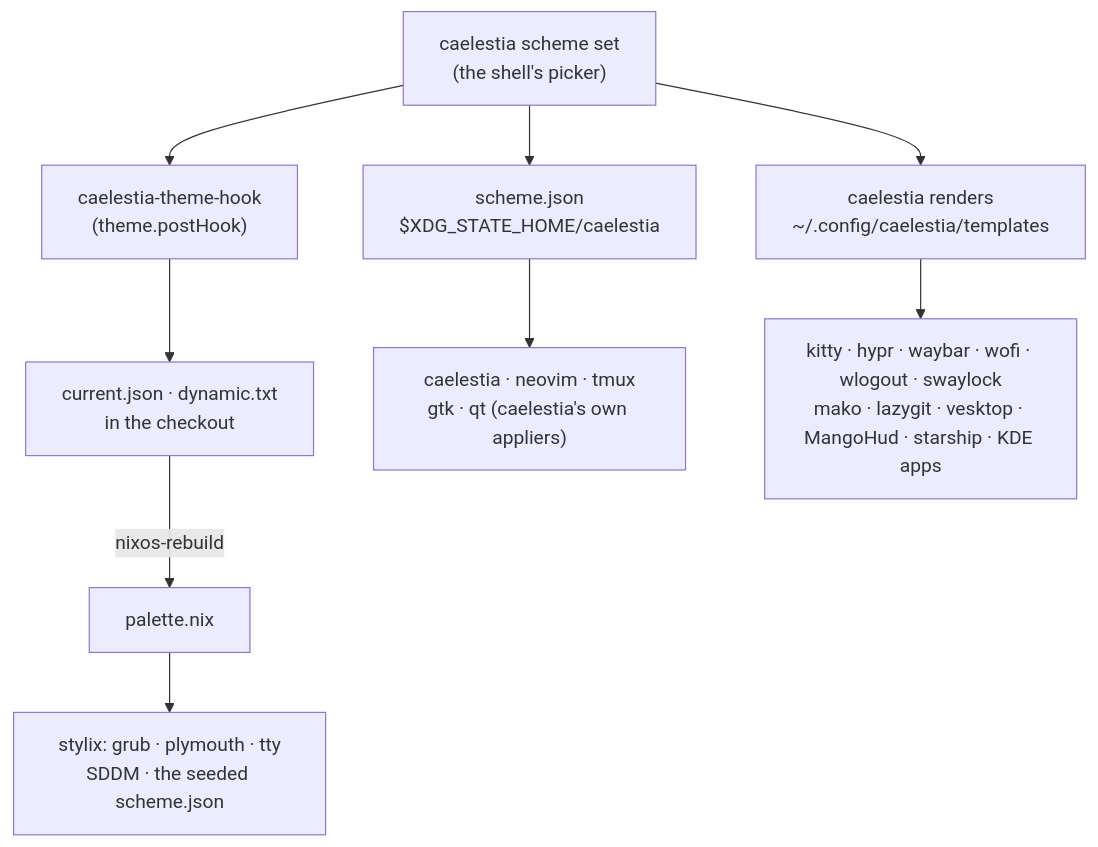
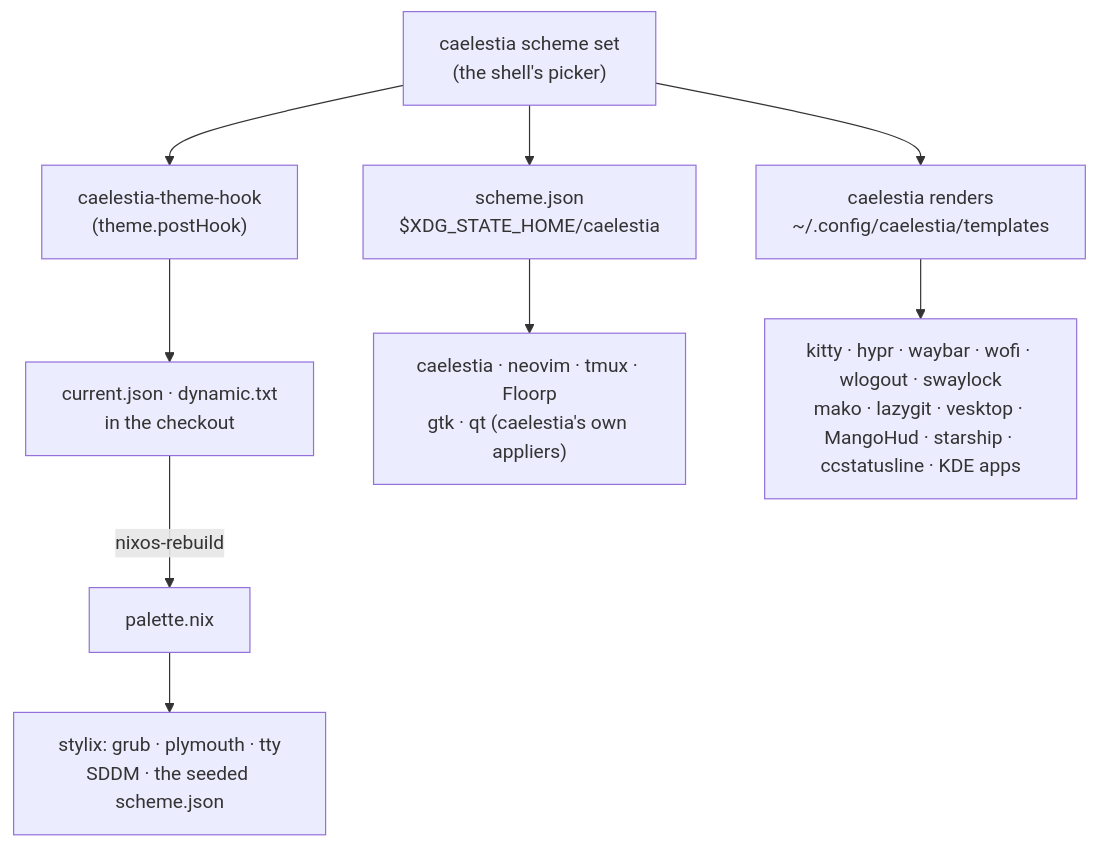
One commit to 1Git2Clone/nixos-dotfiles changed the diagram in docs/src/architecture/colours.md. Above: the diagram before and after it, drawn with Mermaid. The commit also changed other lines of this file and 2 other files, not shown here.

First line of the commit message:
docs(handbook): the CaelestiaFox setup and the shell restart on rebuild

````diff
--- a/docs/src/architecture/colours.md
+++ b/docs/src/architecture/colours.md
@@ -8,19 +8,19 @@
 ```mermaid
 flowchart TB
     pick["caelestia scheme set<br/>(the shell's picker)"]
     state["scheme.json<br/>$XDG_STATE_HOME/caelestia"]
     render["caelestia renders<br/>~/.config/caelestia/templates"]
     hook["caelestia-theme-hook<br/>(theme.postHook)"]
     repo["current.json · dynamic.txt<br/>in the checkout"]
     palette["palette.nix"]
 
     pick --> state
     pick --> render
     pick --> hook
     hook --> repo
     repo -->|nixos-rebuild| palette
 
-    state --> l_apps["caelestia · neovim · tmux<br/>gtk · qt (caelestia's own appliers)"]
-    render --> t_apps["kitty · hypr · waybar · wofi · wlogout · swaylock<br/>mako · lazygit · vesktop · MangoHud · starship · KDE apps"]
+    state --> l_apps["caelestia · neovim · tmux · Floorp<br/>gtk · qt (caelestia's own appliers)"]
+    render --> t_apps["kitty · hypr · waybar · wofi · wlogout · swaylock<br/>mako · lazygit · vesktop · MangoHud · starship · ccstatusline · KDE apps"]
     palette --> b_apps["stylix: grub · plymouth · tty<br/>SDDM · the seeded scheme.json"]
 ```
````
